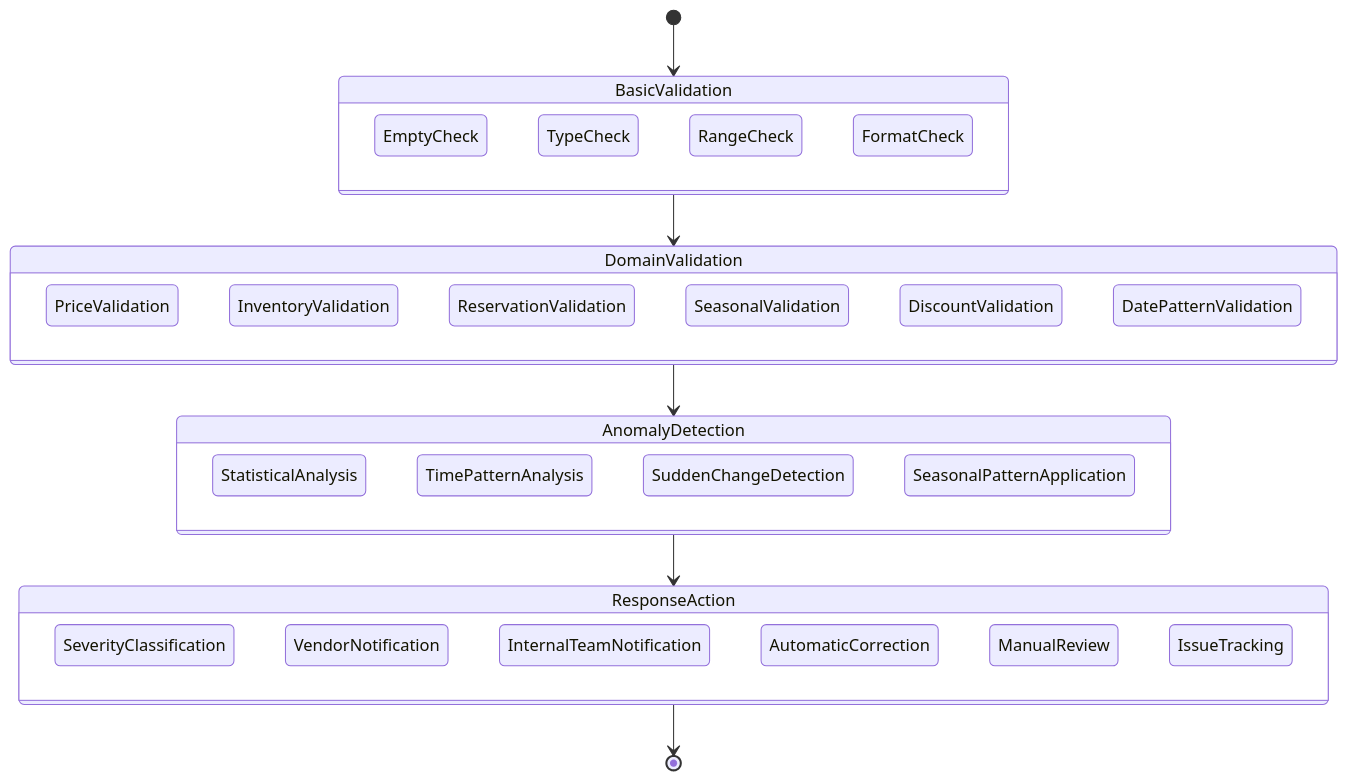
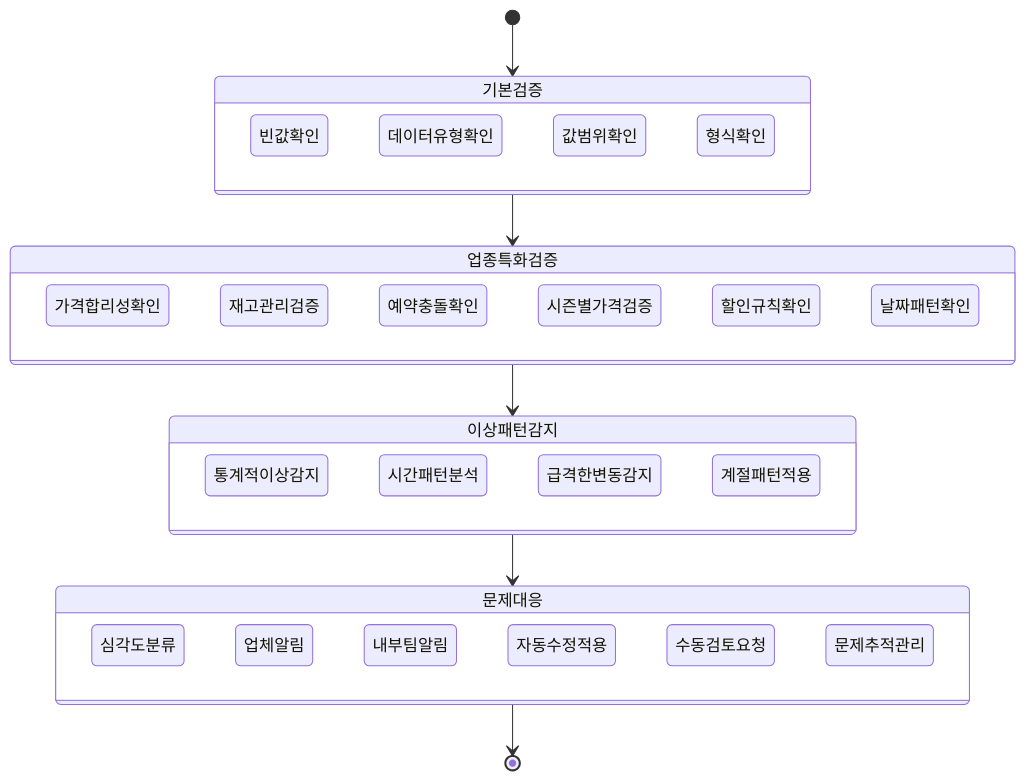
One commit to yeokyeong-yoon/yeokyeong-yoon.github.io changed the third of 4 diagrams in _posts/2025-03-18-etl-pipeline.md. Above: the diagram before and after it, drawn with Mermaid. The commit also changed other lines of this file, not shown here.

Commit message:
Adjust Mermaid setting

```diff
--- a/_posts/2025-03-18-etl-pipeline.md
+++ b/_posts/2025-03-18-etl-pipeline.md
@@ -115,44 +164,44 @@
 <div class="mermaid">
 stateDiagram-v2
-    [*] --> BasicValidation
+    [*] --> 기본검증
     
-    state BasicValidation {
-        EmptyCheck
-        TypeCheck
-        RangeCheck
-        FormatCheck
+    state 기본검증 {
+        빈값확인
+        데이터유형확인
+        값범위확인
+        형식확인
     }
     
-    BasicValidation --> DomainValidation
+    기본검증 --> 업종특화검증
     
-    state DomainValidation {
-        PriceValidation
-        InventoryValidation
-        ReservationValidation
-        SeasonalValidation
-        DiscountValidation
-        DatePatternValidation
+    state 업종특화검증 {
+        가격합리성확인
+        재고관리검증
+        예약충돌확인
+        시즌별가격검증
+        할인규칙확인
+        날짜패턴확인
     }
     
-    DomainValidation --> AnomalyDetection
+    업종특화검증 --> 이상패턴감지
     
-    state AnomalyDetection {
-        StatisticalAnalysis
-        TimePatternAnalysis
-        SuddenChangeDetection
-        SeasonalPatternApplication
+    state 이상패턴감지 {
+        통계적이상감지
+        시간패턴분석
+        급격한변동감지
+        계절패턴적용
     }
     
-    AnomalyDetection --> ResponseAction
+    이상패턴감지 --> 문제대응
     
-    state ResponseAction {
-        SeverityClassification
-        VendorNotification
-        InternalTeamNotification
-        AutomaticCorrection
-        ManualReview
-        IssueTracking
+    state 문제대응 {
+        심각도분류
+        업체알림
+        내부팀알림
+        자동수정적용
+        수동검토요청
+        문제추적관리
     }
     
-    ResponseAction --> [*]
+    문제대응 --> [*]
 </div>
```
